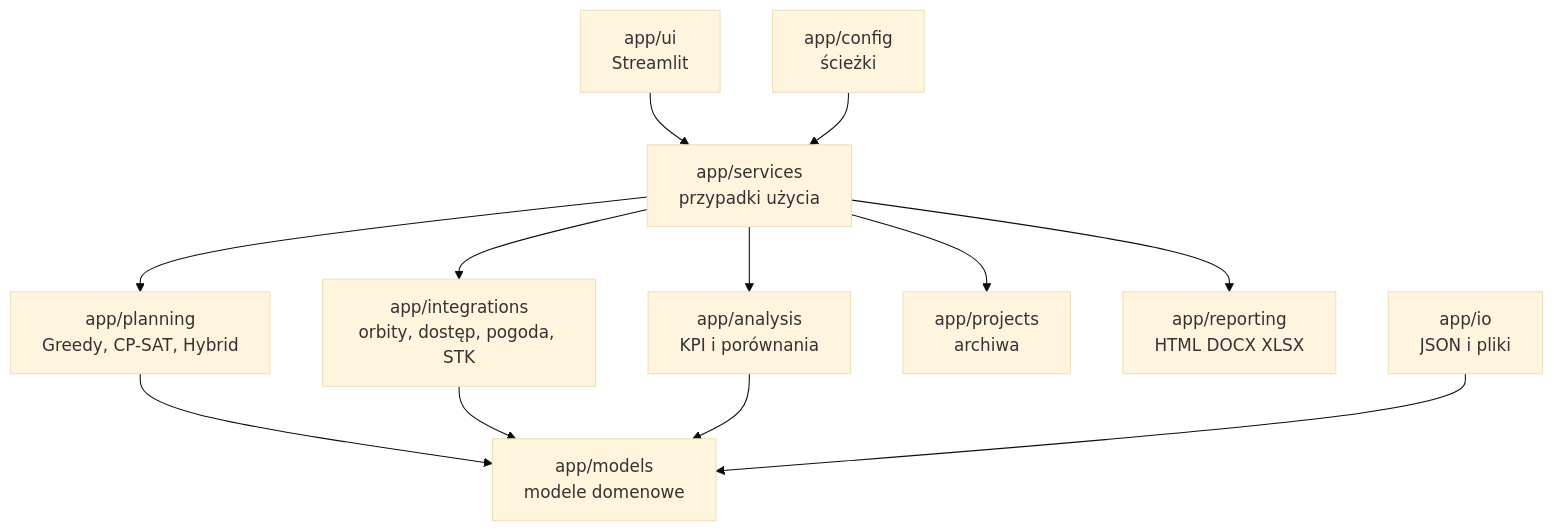
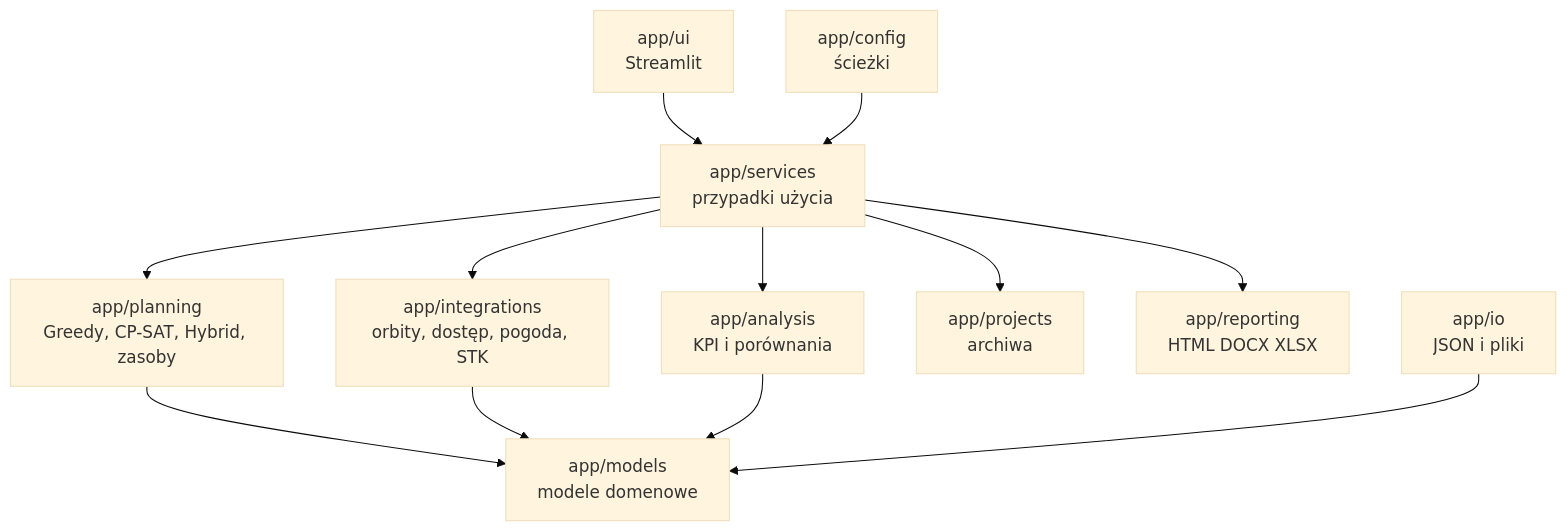
Before and after one commit to matigeoman/satellite-acquisition-planner: the first of 3 diagrams in docs/architecture.md, drawn with Mermaid (base theme). The commit also changed other lines of this file and 75 other files, not shown here.

````diff
--- a/docs/architecture.md
+++ b/docs/architecture.md
@@ -5,14 +5,14 @@
 ```mermaid
 flowchart TB
     UI[app/ui\nStreamlit] --> SVC[app/services\nprzypadki użycia]
-    SVC --> PLN[app/planning\nGreedy, CP-SAT, Hybrid]
+    SVC --> PLN[app/planning\nGreedy, CP-SAT, Hybrid, zasoby]
     SVC --> INT[app/integrations\norbity, dostęp, pogoda, STK]
     SVC --> ANA[app/analysis\nKPI i porównania]
     SVC --> PROJ[app/projects\narchiwa]
     SVC --> REP[app/reporting\nHTML DOCX XLSX]
     PLN --> MOD[app/models\nmodele domenowe]
     INT --> MOD
     ANA --> MOD
     IO[app/io\nJSON i pliki] --> MOD
     CFG[app/config\nścieżki] --> SVC
 ```
````
